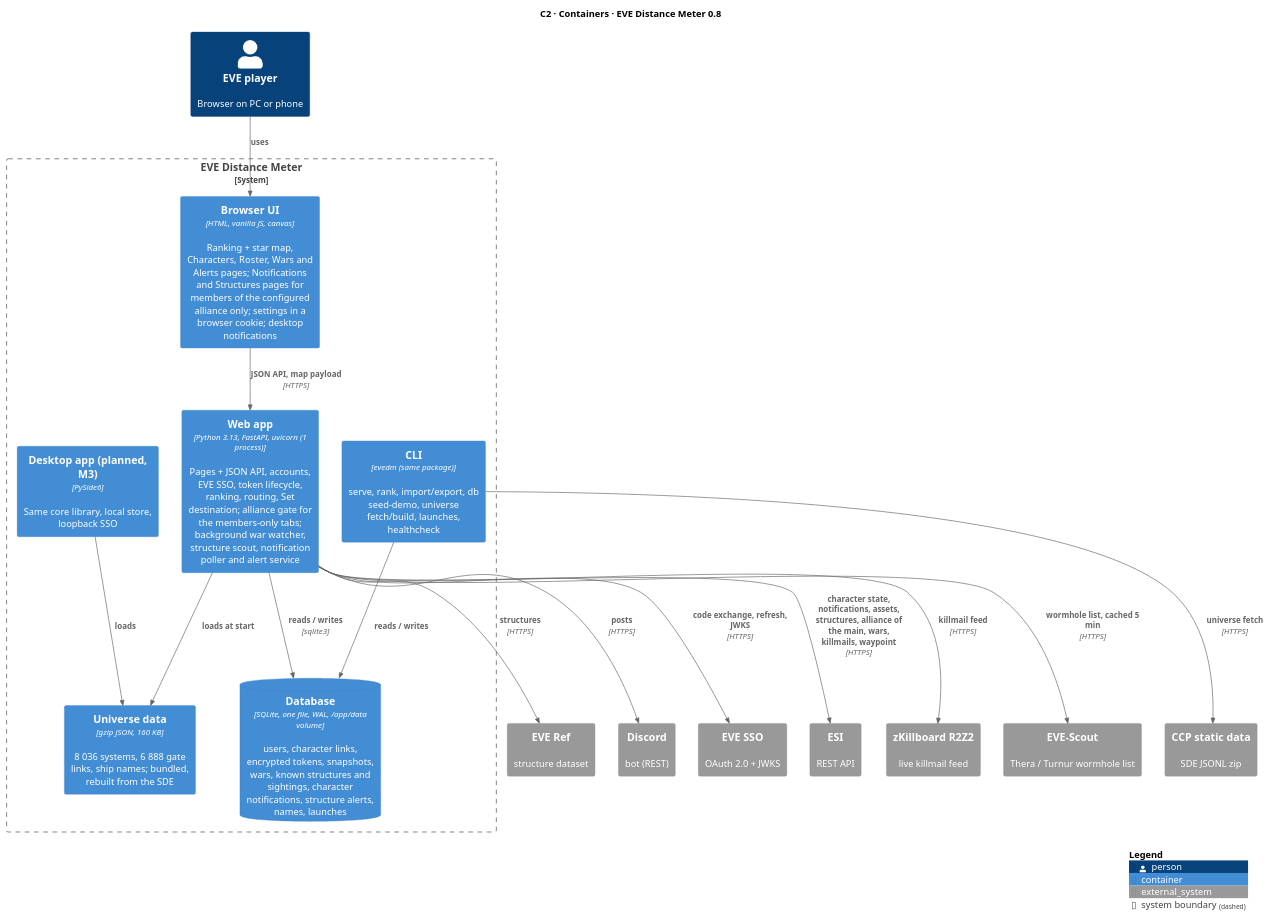
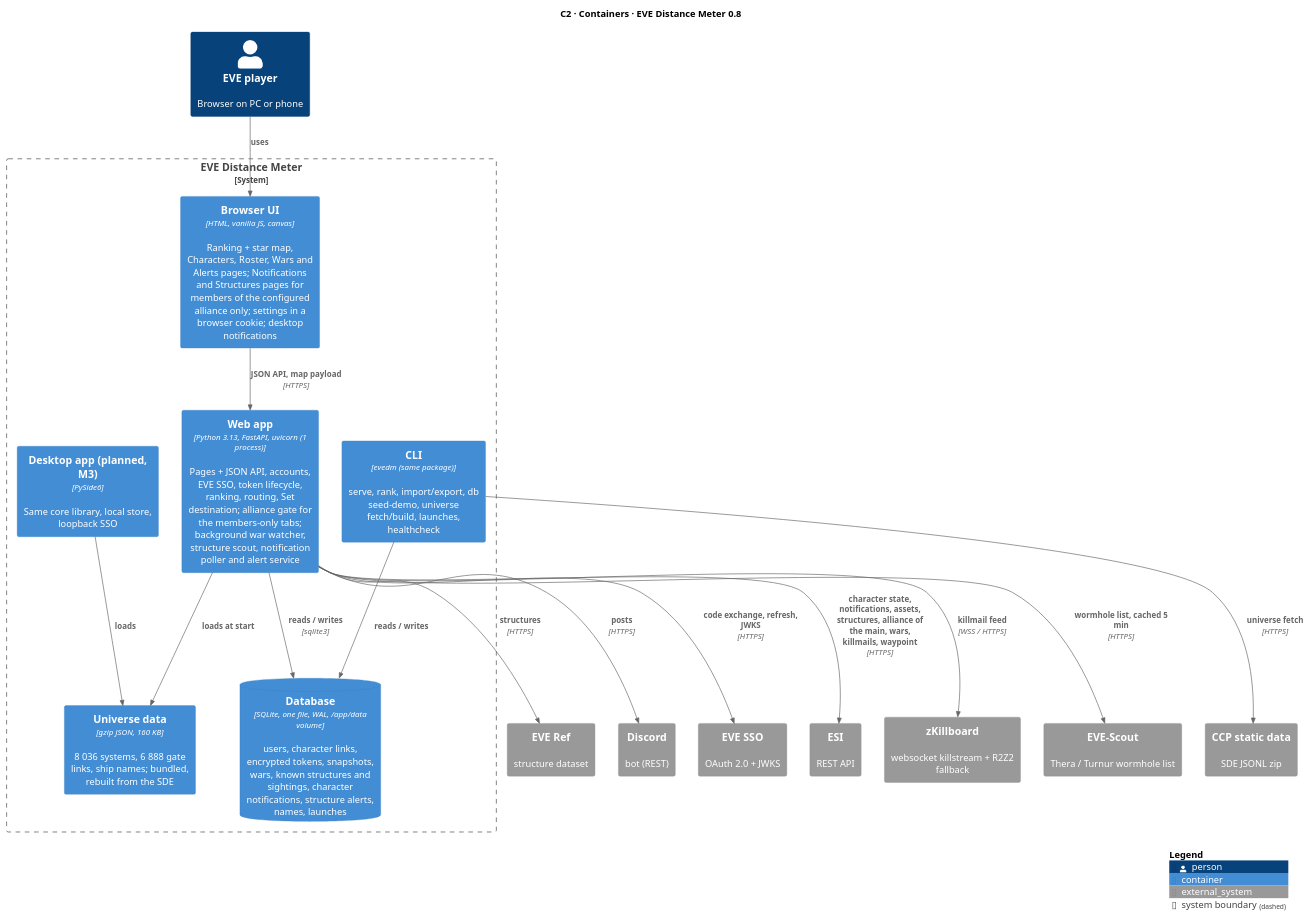
One commit to Headruner/war-bot-2 changed the diagram in docs/c4/02-c2-containers.puml. Above: the diagram before and after it, drawn with PlantUML. The commit also changed 8 other files, not shown here.

First line of the commit message:
docs: describe websocket feed and bot settings

```diff
--- a/docs/c4/02-c2-containers.puml
+++ b/docs/c4/02-c2-containers.puml
@@ -1,38 +1,38 @@
 @startuml c2-containers
 !include <C4/C4_Container>
 title C2 · Containers · EVE Distance Meter 0.8
 LAYOUT_TOP_DOWN()
 
 Person(user, "EVE player", "Browser on PC or phone")
 System_Ext(sso, "EVE SSO", "OAuth 2.0 + JWKS")
 System_Ext(esi, "ESI", "REST API")
 System_Ext(sde, "CCP static data", "SDE JSONL zip")
-System_Ext(zkb, "zKillboard R2Z2", "live killmail feed")
+System_Ext(zkb, "zKillboard", "websocket killstream + R2Z2 fallback")
 System_Ext(evescout, "EVE-Scout", "Thera / Turnur wormhole list")
 System_Ext(everef, "EVE Ref", "structure dataset")
 System_Ext(discord, "Discord", "bot (REST)")
 
 System_Boundary(evedm, "EVE Distance Meter") {
   Container(spa, "Browser UI", "HTML, vanilla JS, canvas", "Ranking + star map, Characters, Roster, Wars and Alerts pages; Notifications and Structures pages for members of the configured alliance only; settings in a browser cookie; desktop notifications")
   Container(web, "Web app", "Python 3.13, FastAPI, uvicorn (1 process)", "Pages + JSON API, accounts, EVE SSO, token lifecycle, ranking, routing, Set destination; alliance gate for the members-only tabs; background war watcher, structure scout, notification poller and alert service")
   ContainerDb(db, "Database", "SQLite, one file, WAL, /app/data volume", "users, character links, encrypted tokens, snapshots, wars, known structures and sightings, character notifications, structure alerts, names, launches")
   Container(universe, "Universe data", "gzip JSON, 160 KB", "8 036 systems, 6 888 gate links, ship names; bundled, rebuilt from the SDE")
   Container(cli, "CLI", "evedm (same package)", "serve, rank, import/export, db seed-demo, universe fetch/build, launches, healthcheck")
   Container(desktop, "Desktop app (planned, M3)", "PySide6", "Same core library, local store, loopback SSO")
 }
 
 Rel(user, spa, "uses")
 Rel(spa, web, "JSON API, map payload", "HTTPS")
 Rel(web, db, "reads / writes", "sqlite3")
 Rel(web, universe, "loads at start")
 Rel(cli, db, "reads / writes")
 Rel(cli, sde, "universe fetch", "HTTPS")
 Rel(web, sso, "code exchange, refresh, JWKS", "HTTPS")
 Rel(web, esi, "character state, notifications, assets, structures, alliance of the main, wars, killmails, waypoint", "HTTPS")
-Rel(web, zkb, "killmail feed", "HTTPS")
+Rel(web, zkb, "killmail feed", "WSS / HTTPS")
 Rel(web, evescout, "wormhole list, cached 5 min", "HTTPS")
 Rel(web, everef, "structures", "HTTPS")
 Rel(web, discord, "posts", "HTTPS")
 Rel(desktop, universe, "loads")
 SHOW_LEGEND()
 @enduml
```
